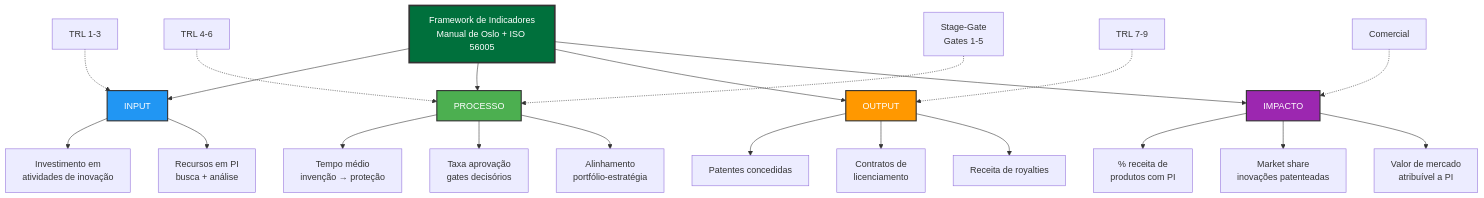
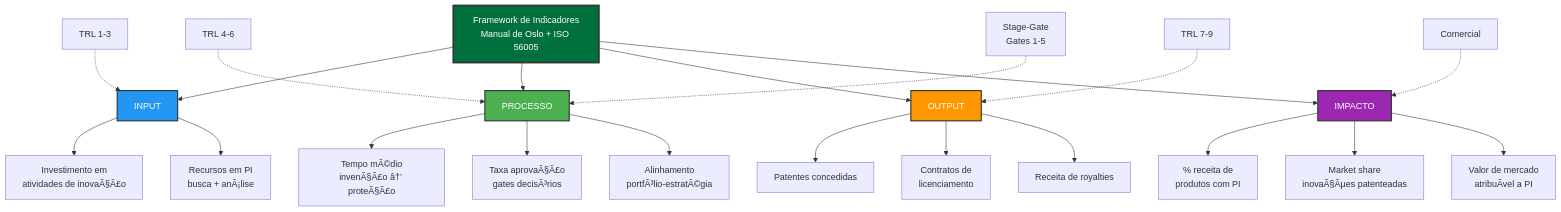
One commit to ldvsantos/cv changed the fifth of 11 diagrams in aulas/ciencia_pi/SLIDES_QUARTO/Tema 05 - Gestao de Projetos inovacao/tema05_apresentacao/tema05_apresentacao.qmd. Above: the diagram before and after it, drawn with Mermaid. The commit also changed other lines of this file and 466 other files, not shown here.

````diff
--- a/aulas/ciencia_pi/SLIDES_QUARTO/Tema 05 - Gestao de Projetos inovacao/tema05_apresentacao/tema05_apresentacao.qmd
+++ b/aulas/ciencia_pi/SLIDES_QUARTO/Tema 05 - Gestao de Projetos inovacao/tema05_apresentacao/tema05_apresentacao.qmd
@@ -674,44 +673,44 @@
 ```{mermaid}
 %%| fig-width: 12
 %%| fig-height: 6
 graph TB
     A[Framework de Indicadores<br/>Manual de Oslo + ISO 56005]
     
     B[INPUT]
     C[PROCESSO]
     D[OUTPUT]
     E[IMPACTO]
     
     A --> B
     A --> C
     A --> D
     A --> E
     
-    B --> B1[Investimento em<br/>atividades de inovação]
-    B --> B2[Recursos em PI<br/>busca + análise]
+    B --> B1[Investimento em<br/>atividades de inovaÃ§Ã£o]
+    B --> B2[Recursos em PI<br/>busca + anÃ¡lise]
     
-    C --> C1[Tempo médio<br/>invenção → proteção]
-    C --> C2[Taxa aprovação<br/>gates decisórios]
-    C --> C3[Alinhamento<br/>portfólio-estratégia]
+    C --> C1[Tempo mÃ©dio<br/>invenÃ§Ã£o â†’ proteÃ§Ã£o]
+    C --> C2[Taxa aprovaÃ§Ã£o<br/>gates decisÃ³rios]
+    C --> C3[Alinhamento<br/>portfÃ³lio-estratÃ©gia]
     
     D --> D1[Patentes concedidas]
     D --> D2[Contratos de<br/>licenciamento]
     D --> D3[Receita de royalties]
     
     E --> E1[% receita de<br/>produtos com PI]
-    E --> E2[Market share<br/>inovações patenteadas]
-    E --> E3[Valor de mercado<br/>atribuível a PI]
+    E --> E2[Market share<br/>inovaÃ§Ãµes patenteadas]
+    E --> E3[Valor de mercado<br/>atribuÃ­vel a PI]
     
     T1[TRL 1-3] -.-> B
     T2[TRL 4-6] -.-> C
     T3[TRL 7-9] -.-> D
     T4[Comercial] -.-> E
     
     SG[Stage-Gate<br/>Gates 1-5] -.-> C
     
     style A fill:#00703C,stroke:#333,stroke-width:3px,color:#fff
     style B fill:#2196F3,stroke:#333,stroke-width:2px,color:#fff
     style C fill:#4CAF50,stroke:#333,stroke-width:2px,color:#fff
     style D fill:#FF9800,stroke:#333,stroke-width:2px,color:#fff
     style E fill:#9C27B0,stroke:#333,stroke-width:2px,color:#fff
 ```
````
